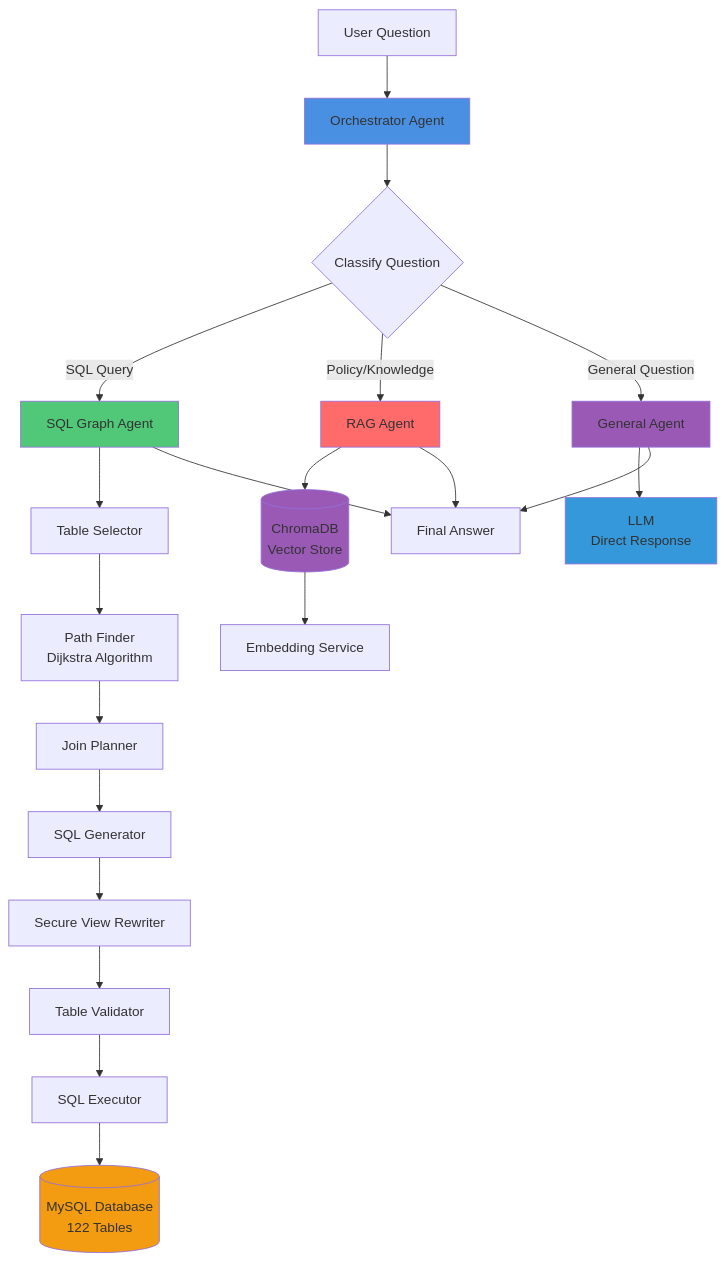
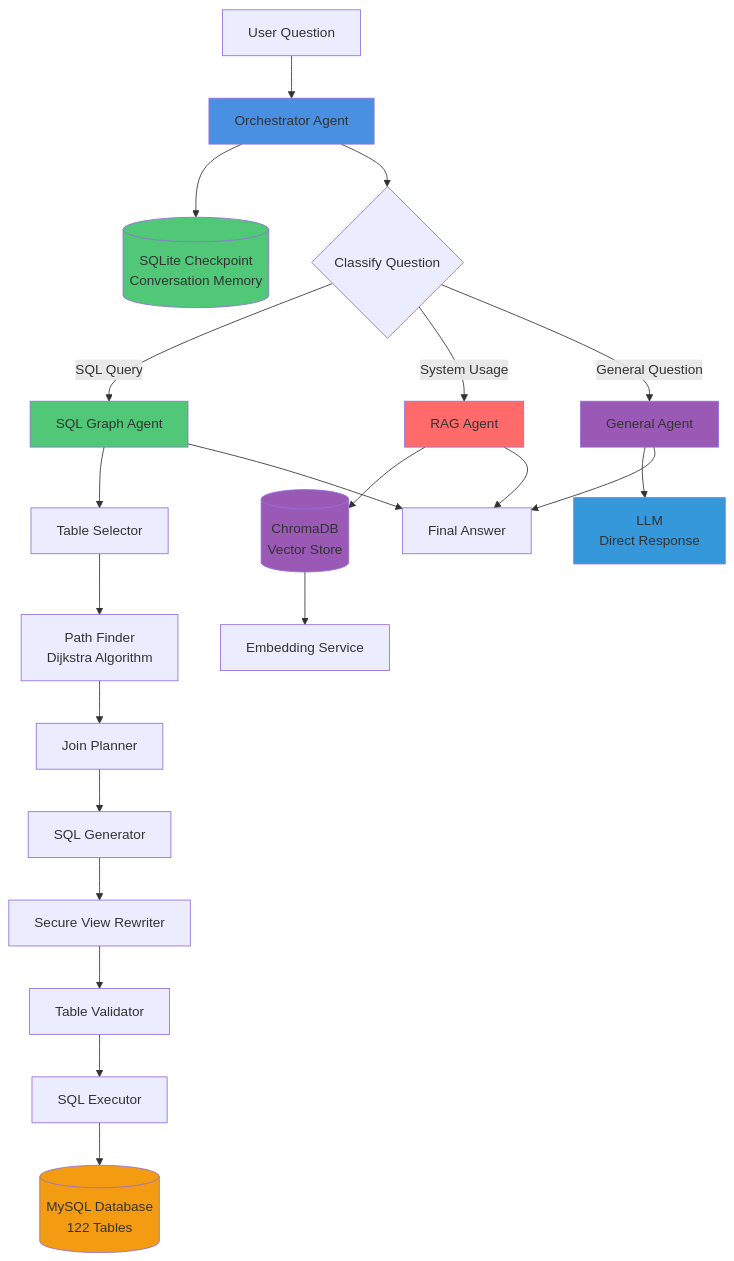
The second of 15 diagrams in docs/ARCHITECTURE.md (sandinosaso/advanced-ai-agent), drawn with Mermaid before and after one commit. The commit also changed other lines of this file and 9 other files, not shown here.

Commit message:
Agent with memory

````diff
--- a/docs/ARCHITECTURE.md
+++ b/docs/ARCHITECTURE.md
@@ -69,34 +69,36 @@
 ```mermaid
 graph TB
     User[User Question] --> Orchestrator[Orchestrator Agent]
+    Orchestrator --> Checkpoint[(SQLite Checkpoint<br/>Conversation Memory)]
     Orchestrator --> Classify{Classify Question}
     Classify -->|SQL Query| SQLAgent[SQL Graph Agent]
-    Classify -->|Policy/Knowledge| RAGAgent[RAG Agent]
+    Classify -->|System Usage| RAGAgent[RAG Agent]
     Classify -->|General Question| GeneralAgent[General Agent]
     
     SQLAgent --> TableSelector[Table Selector]
     TableSelector --> PathFinder[Path Finder<br/>Dijkstra Algorithm]
     PathFinder --> JoinPlanner[Join Planner]
     JoinPlanner --> SQLGen[SQL Generator]
     SQLGen --> SecureRewrite[Secure View Rewriter]
     SecureRewrite --> Validator[Table Validator]
     Validator --> Executor[SQL Executor]
     Executor --> MySQL[(MySQL Database<br/>122 Tables)]
     
     RAGAgent --> VectorStore[(ChromaDB<br/>Vector Store)]
     VectorStore --> Embeddings[Embedding Service]
     
     GeneralAgent --> LLM[LLM<br/>Direct Response]
     
     SQLAgent --> Result[Final Answer]
     RAGAgent --> Result
     GeneralAgent --> Result
     
     style Orchestrator fill:#4A90E2
     style SQLAgent fill:#50C878
     style RAGAgent fill:#FF6B6B
     style GeneralAgent fill:#9B59B6
     style MySQL fill:#F39C12
     style VectorStore fill:#9B59B6
     style LLM fill:#3498DB
+    style Checkpoint fill:#50C878
 ```
````
